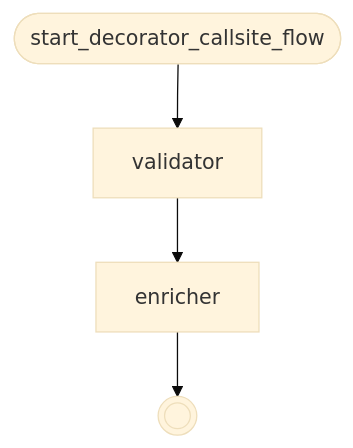
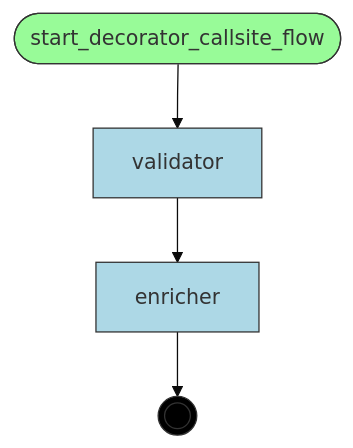
One commit to deliveryhero/asya changed the diagram in examples/flows/compiled/decorator_callsite/flow.mmd. Above: the diagram before and after it, drawn with Mermaid (base theme). The commit also changed 99 other files, not shown here.

Commit message:
colors-in-mermaid

```diff
--- a/examples/flows/compiled/decorator_callsite/flow.mmd
+++ b/examples/flows/compiled/decorator_callsite/flow.mmd
@@ -1,11 +1,19 @@
 flowchart TD
     %% Flow: decorator_callsite_flow
 
     enricher[enricher]
     start_decorator_callsite_flow([start_decorator_callsite_flow])
     validator[validator]
     __end__((( )))
 
     start_decorator_callsite_flow --> validator
     validator --> enricher
     enricher --> __end__
+
+    classDef entrypoint fill:#98FB98,stroke:#333
+    classDef router fill:#F5DEB3,stroke:#333
+    classDef handler fill:#ADD8E6,stroke:#333
+    classDef endpoint fill:#000,stroke:#333,color:#fff
+    class start_decorator_callsite_flow entrypoint
+    class enricher,validator handler
+    class __end__ endpoint
```
